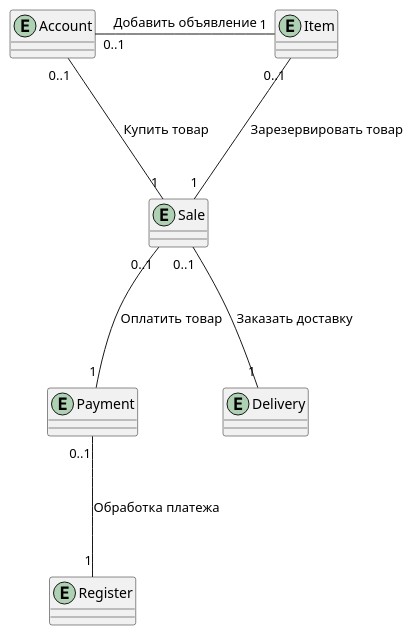
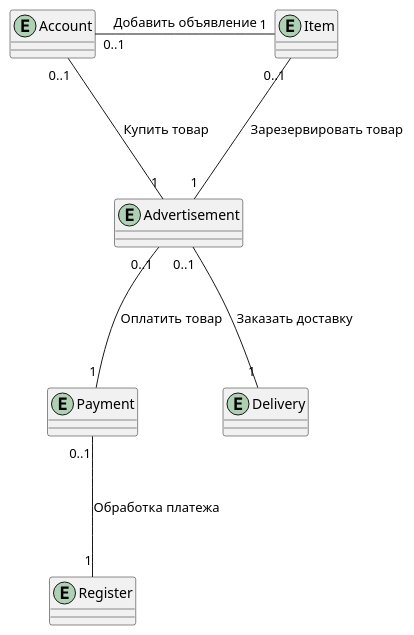
The diagram in Модель предметной области.md (penamarth/bsbo-01-22_team1_var13), drawn with PlantUML before and after one commit.

Commit message:
Update Модель предметной области.md

````diff
--- a/Модель предметной области.md
+++ b/Модель предметной области.md
@@ -1,49 +1,49 @@
 ```plantuml
 @startuml
 
 
 entity Account
 {
   
 }
 
 entity Item {
 
 }
 
-entity Sale
+entity Advertisement
 {
     
     
 }
 
 entity Payment
 {
     
 }
 
 entity Delivery
 {
     
 }
 
 entity Register
 {
 
 }
 
 Account "0..1" -right-- "1" Item : Добавить объявление
-Account "0..1" -right-- "1" Sale : Купить товар
+Account "0..1" -right-- "1" Advertisement : Купить товар
 
 
-Item "0..1" -down-- "1" Sale : Зарезервировать товар
+Item "0..1" -down-- "1" Advertisement : Зарезервировать товар
 
-Sale "0..1" -down-- "1" Payment : Оплатить товар
-Sale "0..1" -down-- "1" Delivery : Заказать доставку
+Advertisement "0..1" -down-- "1" Payment : Оплатить товар
+Advertisement "0..1" -down-- "1" Delivery : Заказать доставку
 
 Payment "0..1" -down-- "1" Register : Обработка платежа
 
 
 
 @enduml
 ```
````
